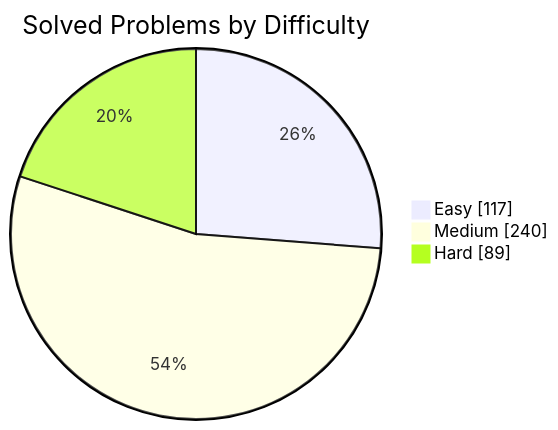
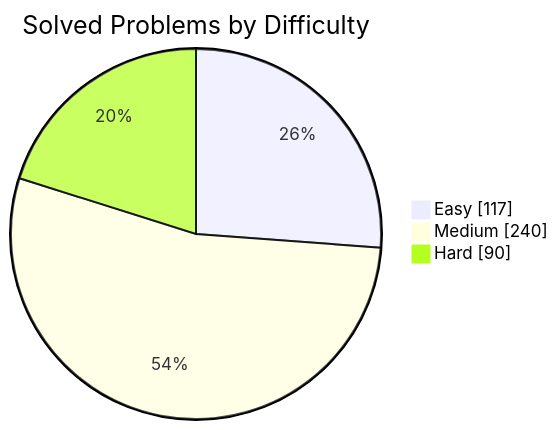
Before and after one commit to manikantbindass/DSA-Preparation-FAANG: the first of 2 diagrams in README.md, drawn with Mermaid. The commit also changed other lines of this file and 1 other file, not shown here.

````diff
--- a/README.md
+++ b/README.md
@@ -77,7 +77,7 @@
 ```mermaid
 pie showData
     title Solved Problems by Difficulty
     "Easy" : 117
     "Medium" : 240
-    "Hard" : 89
+    "Hard" : 90
 ```
````
